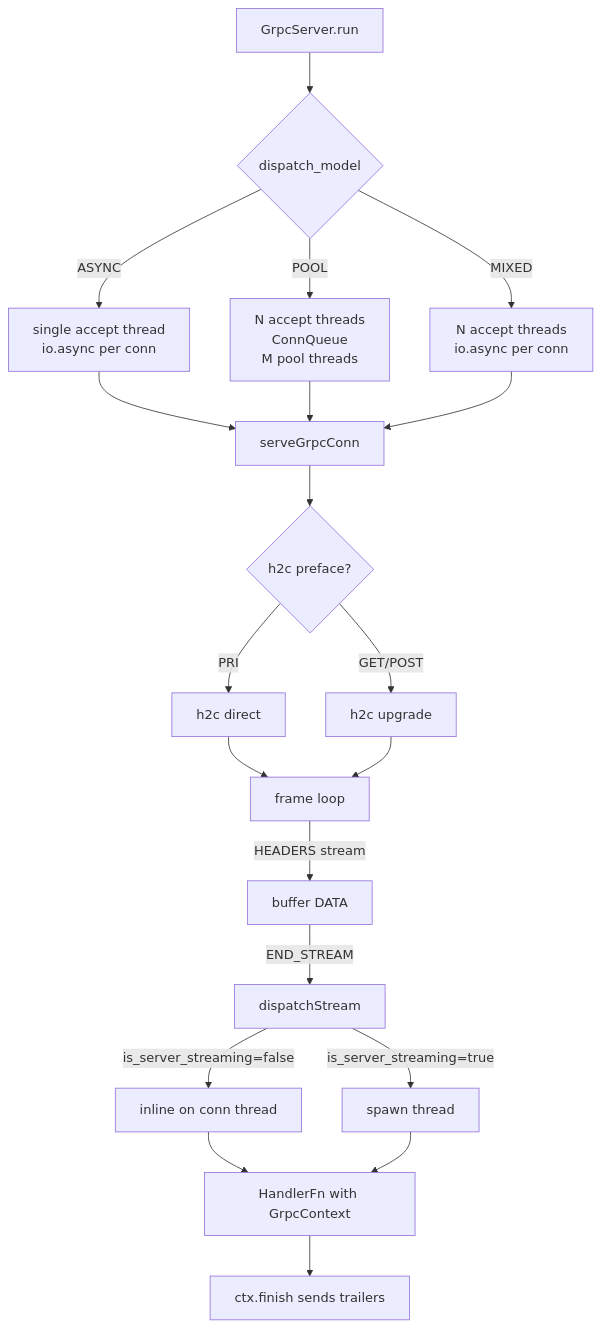
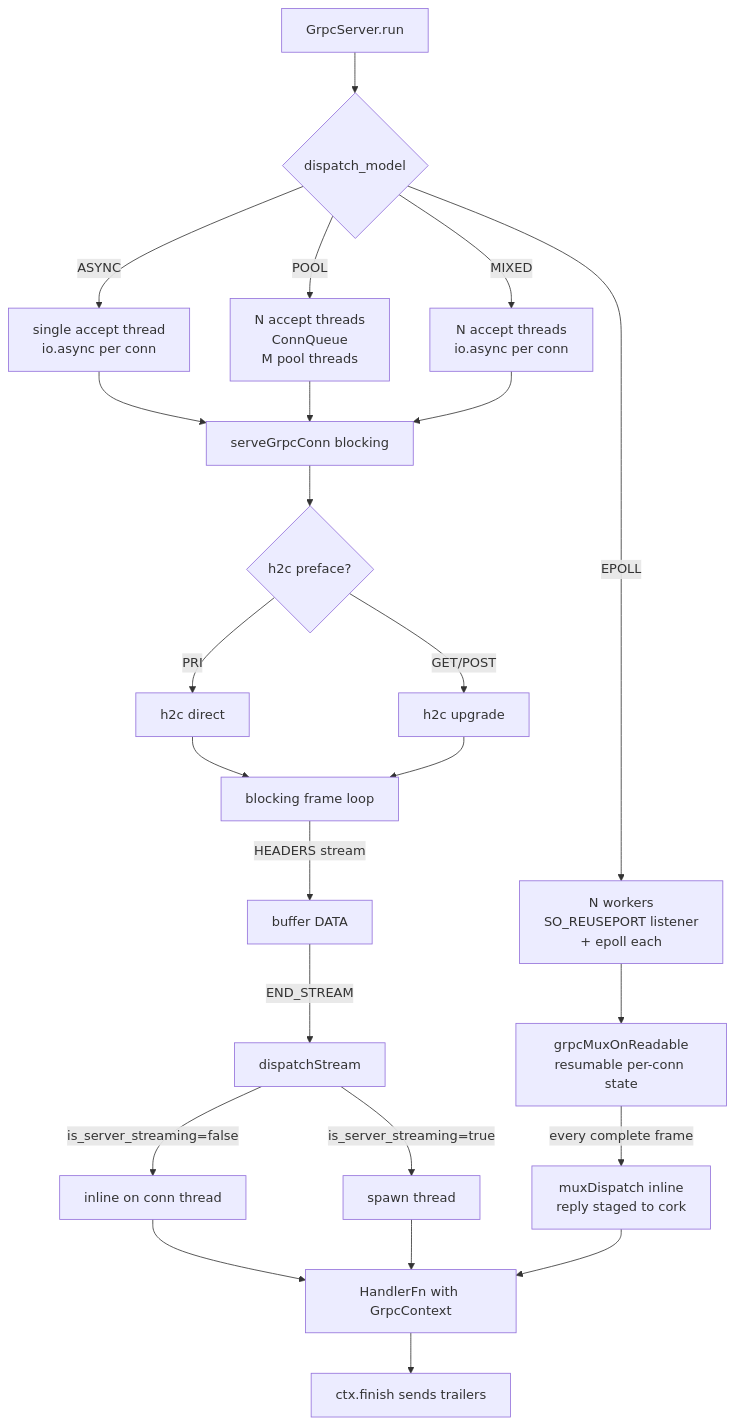
The third of 4 diagrams in docs/hld-grpc-en.md (prothegee/zix), drawn with Mermaid before and after one commit. The commit also changed other lines of this file, not shown here.

Commit message:
hld grpc en: unary optimization notes

````diff
--- a/docs/hld-grpc-en.md
+++ b/docs/hld-grpc-en.md
@@ -315,22 +326,26 @@
 ```mermaid
 flowchart TD
     A[GrpcServer.run] --> B{dispatch_model}
     B -->|ASYNC| C[single accept thread\nio.async per conn]
     B -->|POOL| D[N accept threads\nConnQueue\nM pool threads]
     B -->|MIXED| E[N accept threads\nio.async per conn]
-    C --> F[serveGrpcConn]
+    B -->|EPOLL| EP[N workers\nSO_REUSEPORT listener\n+ epoll each]
+    C --> F[serveGrpcConn blocking]
     D --> F
     E --> F
+    EP --> MX[grpcMuxOnReadable\nresumable per-conn state]
     F --> G{h2c preface?}
     G -->|PRI| H[h2c direct]
     G -->|GET/POST| I[h2c upgrade]
-    H --> J[frame loop]
+    H --> J[blocking frame loop]
     I --> J
     J -->|HEADERS stream| K[buffer DATA]
     K -->|END_STREAM| L[dispatchStream]
     L -->|is_server_streaming=false| LI[inline on conn thread]
     L -->|is_server_streaming=true| LS[spawn thread]
     LI --> M[HandlerFn with GrpcContext]
     LS --> M
+    MX -->|every complete frame| MI[muxDispatch inline\nreply staged to cork]
+    MI --> M
     M --> N[ctx.finish sends trailers]
 ```
````
